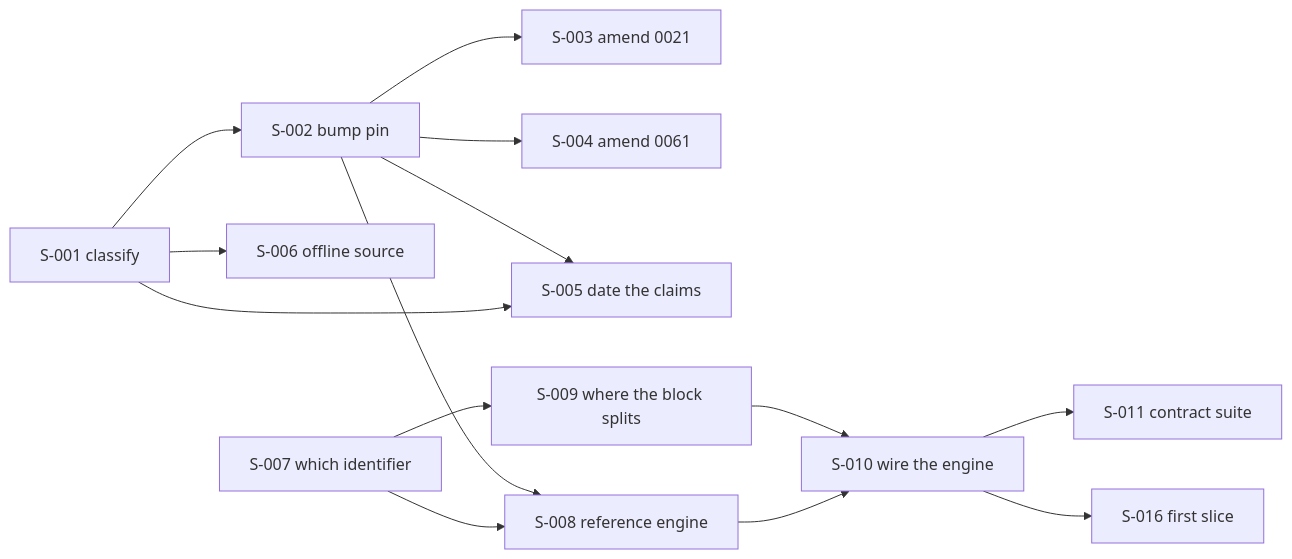
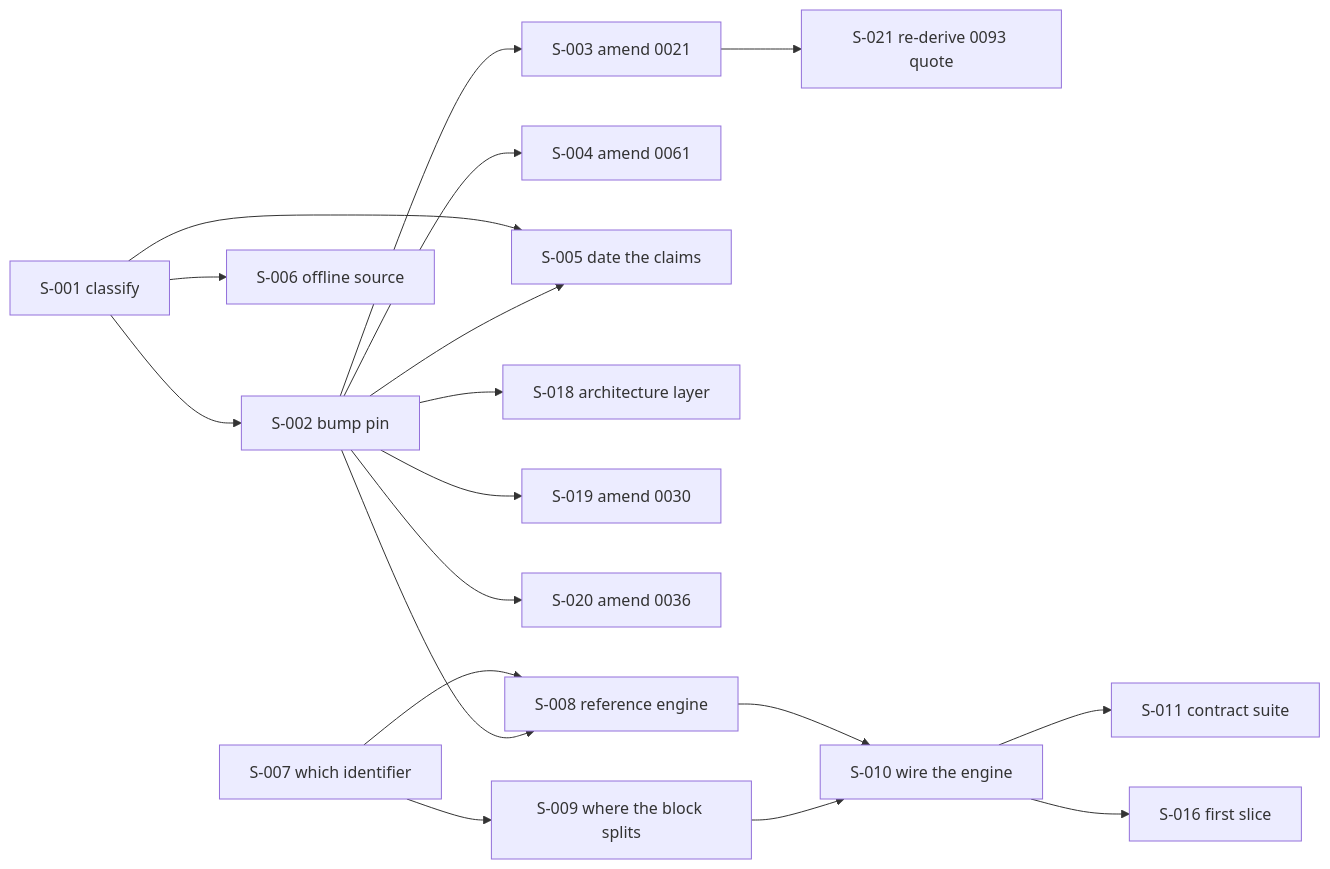
One commit to namphuongtran/nami changed the diagram in docs/SEEDS.md. Above: the diagram before and after it, drawn with Mermaid. The commit also changed other lines of this file, not shown here.

````diff
--- a/docs/SEEDS.md
+++ b/docs/SEEDS.md
@@ -20,16 +20,20 @@
 ```mermaid
 graph LR
   S001[S-001 classify] --> S002[S-002 bump pin]
   S001 --> S006[S-006 offline source]
   S002 --> S003[S-003 amend 0021]
   S002 --> S004[S-004 amend 0061]
   S001 --> S005[S-005 date the claims]
   S002 --> S005
+  S002 --> S018[S-018 architecture layer]
+  S002 --> S019[S-019 amend 0030]
+  S002 --> S020[S-020 amend 0036]
+  S003 --> S021[S-021 re-derive 0093 quote]
   S007[S-007 which identifier] --> S008[S-008 reference engine]
   S002 --> S008
   S007 --> S009[S-009 where the block splits]
   S008 --> S010[S-010 wire the engine]
   S009 --> S010
   S010 --> S011[S-011 contract suite]
   S010 --> S016[S-016 first slice]
 ```
````
